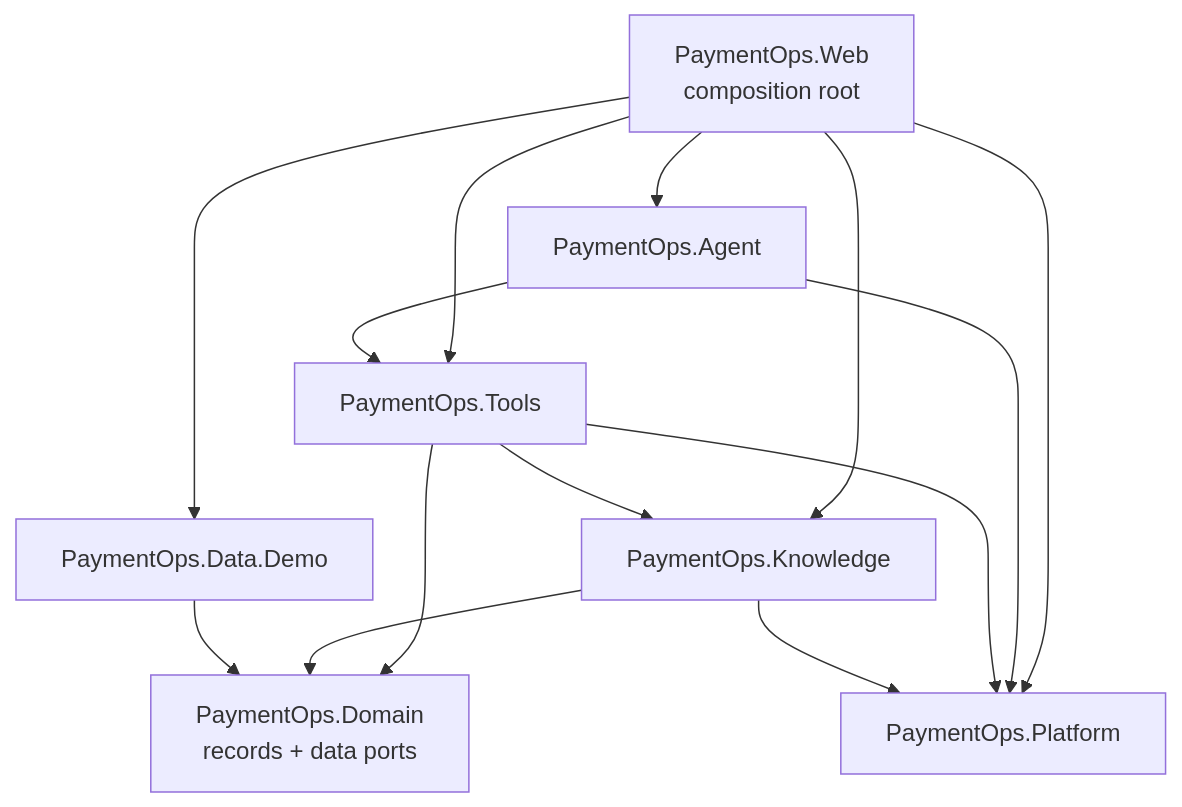
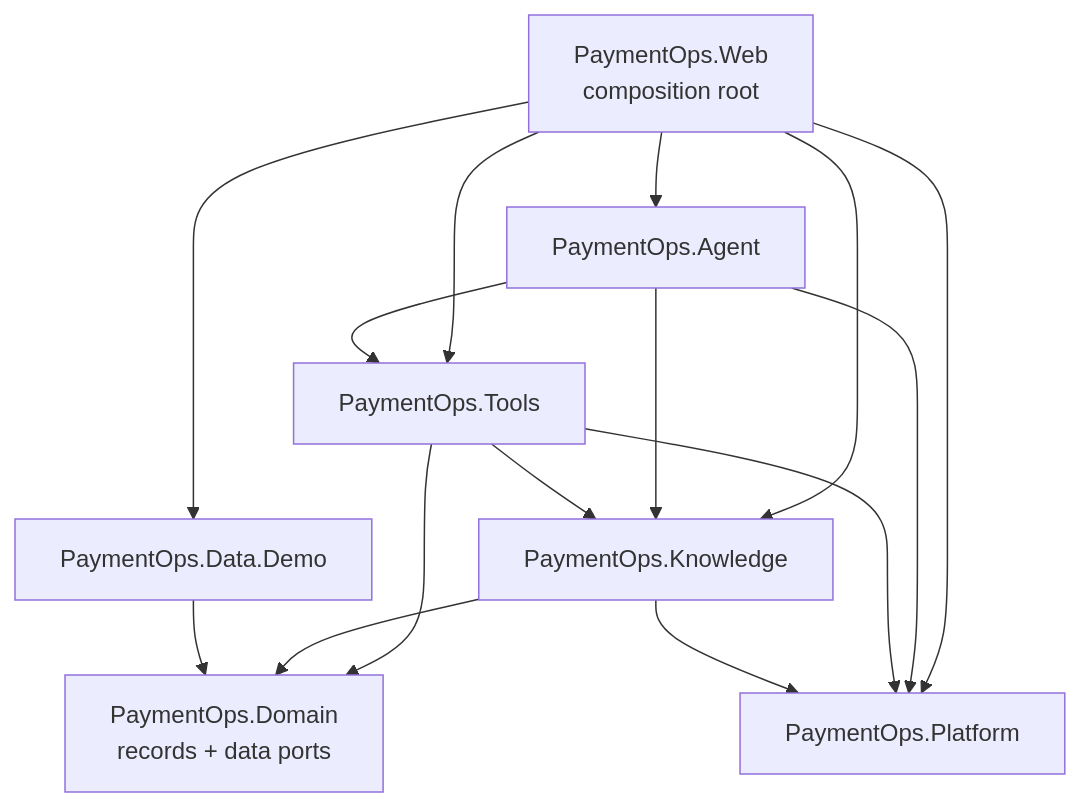
One commit to ankurparekh1988/payment-ops-investigation-agent changed the fifth of 5 diagrams in docs/Architecture.md. Above: the diagram before and after it, drawn with Mermaid. The commit also changed other lines of this file and 114 other files, not shown here.

````diff
--- a/docs/Architecture.md
+++ b/docs/Architecture.md
@@ -126,24 +160,25 @@
 ```mermaid
 flowchart TB
   Web["PaymentOps.Web<br/>composition root"]
   Agent["PaymentOps.Agent"]
   Tools["PaymentOps.Tools"]
   Knowledge["PaymentOps.Knowledge"]
   Demo["PaymentOps.Data.Demo"]
   Domain["PaymentOps.Domain<br/>records + data ports"]
   Platform["PaymentOps.Platform"]
 
   Web --> Agent
   Web --> Tools
   Web --> Knowledge
   Web --> Demo
   Web --> Platform
   Agent --> Tools
+  Agent --> Knowledge
   Agent --> Platform
   Tools --> Domain
   Tools --> Knowledge
   Tools --> Platform
   Knowledge --> Domain
   Knowledge --> Platform
   Demo --> Domain
 ```
````
